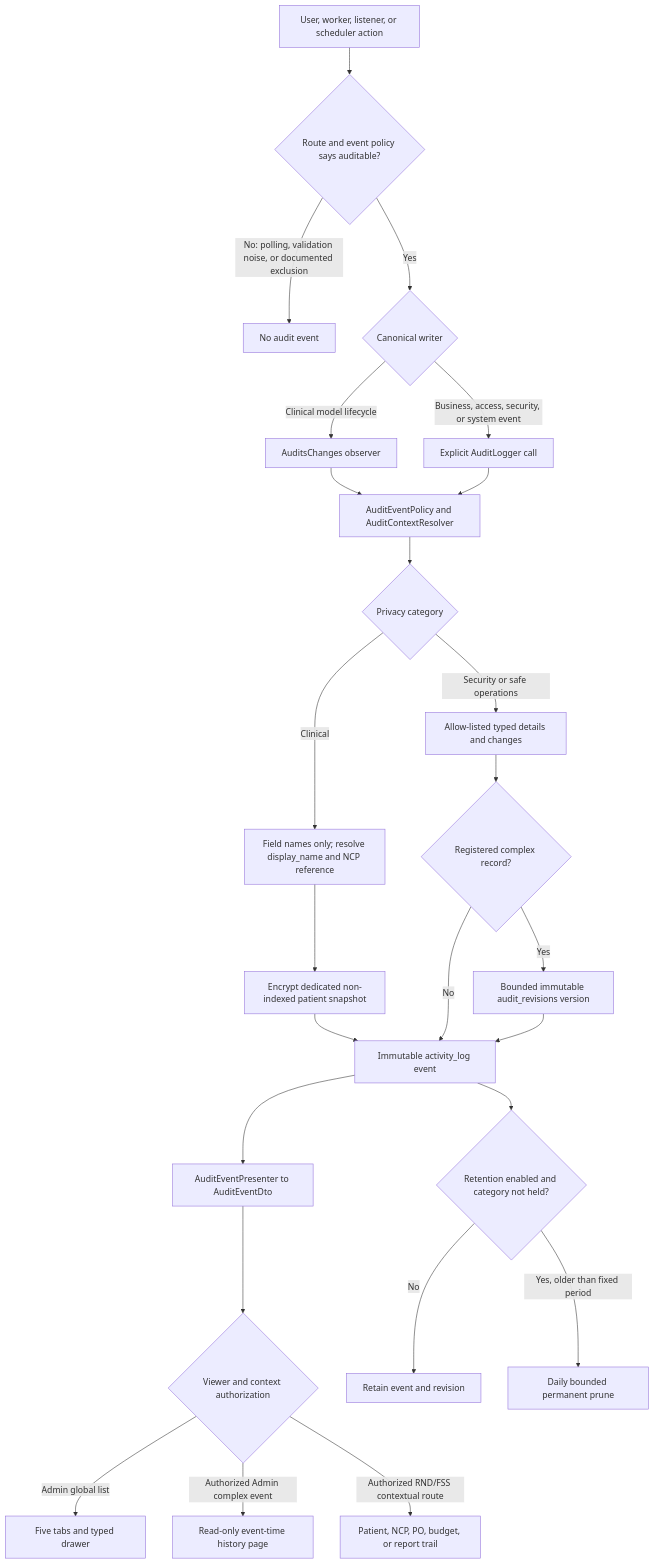
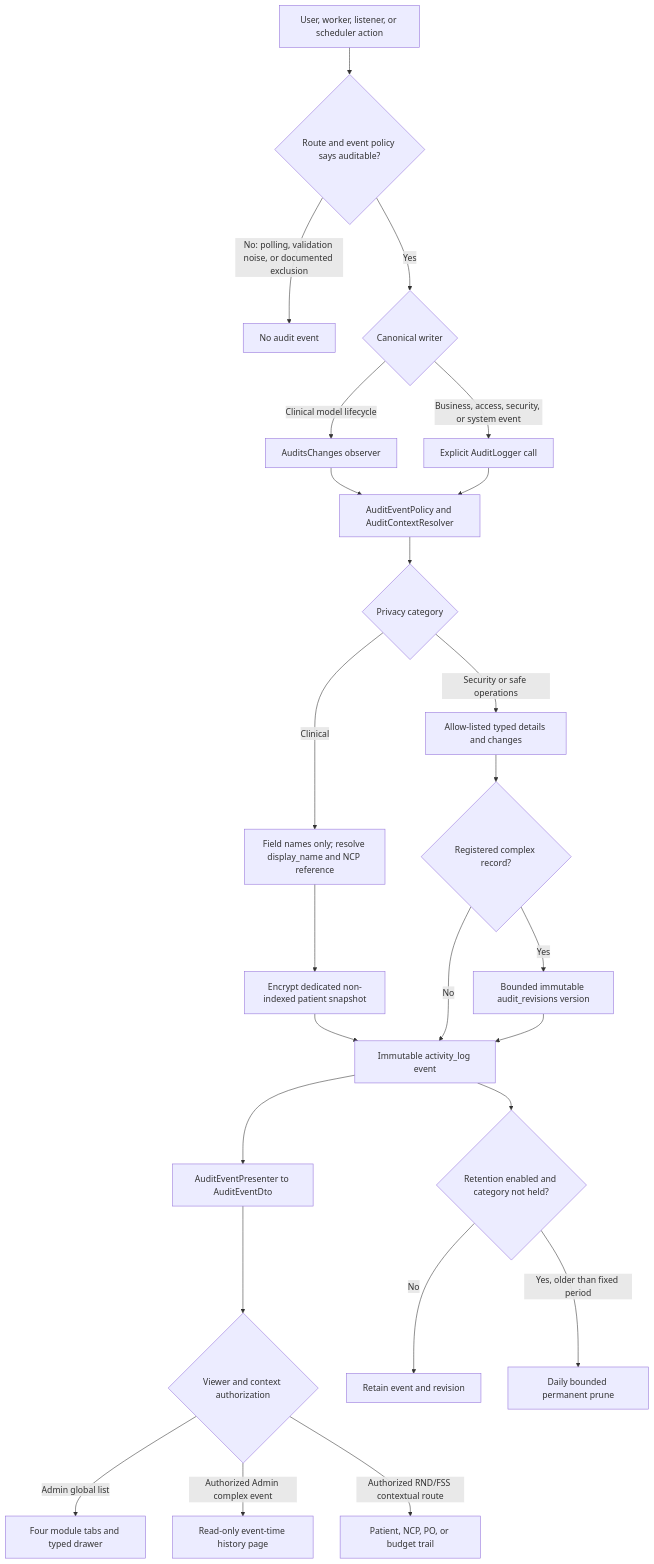
One commit to ja2gc/Nutriscope changed the diagram in docs/architecture/audit-logging.md. Above: the diagram before and after it, drawn with Mermaid. The commit also changed other lines of this file and 103 other files, not shown here.

````diff
--- a/docs/architecture/audit-logging.md
+++ b/docs/architecture/audit-logging.md
@@ -22,27 +22,27 @@
 ```mermaid
 flowchart TD
     A["User, worker, listener, or scheduler action"] --> B{"Route and event policy says auditable?"}
     B -->|"No: polling, validation noise, or documented exclusion"| X["No audit event"]
     B -->|"Yes"| C{"Canonical writer"}
     C -->|"Clinical model lifecycle"| D["AuditsChanges observer"]
     C -->|"Business, access, security, or system event"| E["Explicit AuditLogger call"]
     D --> F["AuditEventPolicy and AuditContextResolver"]
     E --> F
     F --> G{"Privacy category"}
     G -->|"Clinical"| H["Field names only; resolve display_name and NCP reference"]
     G -->|"Security or safe operations"| I["Allow-listed typed details and changes"]
     H --> J["Encrypt dedicated non-indexed patient snapshot"]
     J --> K["Immutable activity_log event"]
     I --> L{"Registered complex record?"}
     L -->|"No"| K
     L -->|"Yes"| M["Bounded immutable audit_revisions version"]
     M --> K
     K --> N["AuditEventPresenter to AuditEventDto"]
     N --> O{"Viewer and context authorization"}
-    O -->|"Admin global list"| P["Five tabs and typed drawer"]
+    O -->|"Admin global list"| P["Four module tabs and typed drawer"]
     O -->|"Authorized Admin complex event"| Q["Read-only event-time history page"]
-    O -->|"Authorized RND/FSS contextual route"| R["Patient, NCP, PO, budget, or report trail"]
+    O -->|"Authorized RND/FSS contextual route"| R["Patient, NCP, PO, or budget trail"]
     K --> S{"Retention enabled and category not held?"}
     S -->|"No"| T["Retain event and revision"]
     S -->|"Yes, older than fixed period"| U["Daily bounded permanent prune"]
 ```
````
